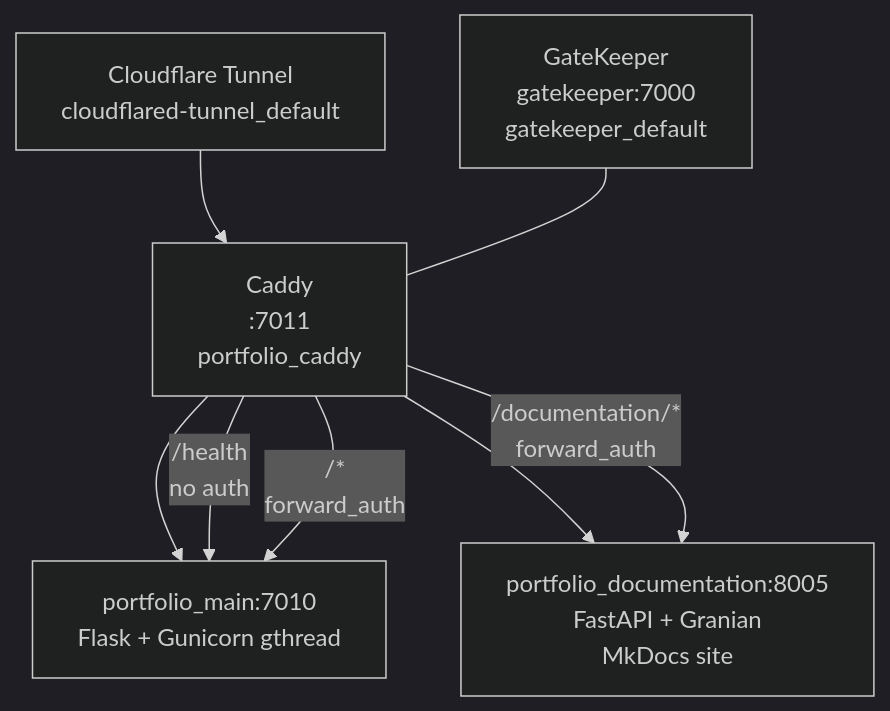
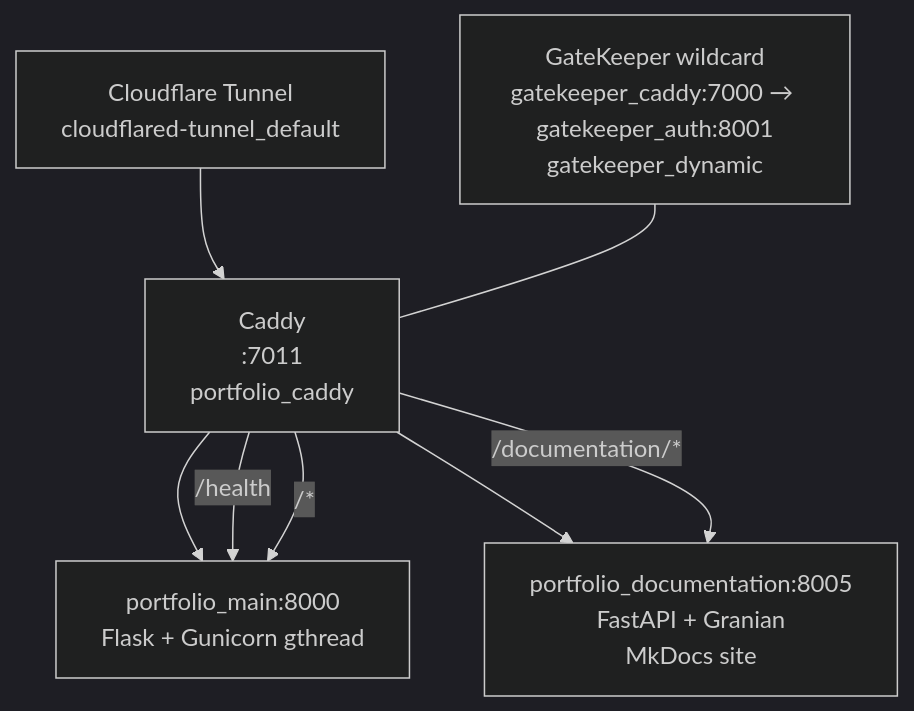
One commit to NovaProtocol/Portfolio changed the diagram in documentation/docs/index.md. Above: the diagram before and after it, drawn with Mermaid (dark theme). The commit also changed other lines of this file and 7 other files, not shown here.

Commit message:
docs(portfolio): sync ports and wildcard gate to live compose

````diff
--- a/documentation/docs/index.md
+++ b/documentation/docs/index.md
@@ -23,10 +22,10 @@
 ```mermaid
 graph TB
     TUN["Cloudflare Tunnel<br/>cloudflared-tunnel_default"] --> CADDY
-    GK["GateKeeper<br/>gatekeeper:7000<br/>gatekeeper_default"] --- CADDY
-    CADDY["Caddy<br/>:7011<br/>portfolio_caddy"] --> APP["portfolio_main:7010<br/>Flask + Gunicorn gthread"]
+    GK["GateKeeper wildcard<br/>gatekeeper_caddy:7000 → gatekeeper_auth:8001<br/>gatekeeper_dynamic"] --- CADDY
+    CADDY["Caddy<br/>:7011<br/>portfolio_caddy"] --> APP["portfolio_main:8000<br/>Flask + Gunicorn gthread"]
     CADDY --> DOCS["portfolio_documentation:8005<br/>FastAPI + Granian<br/>MkDocs site"]
-    CADDY -->|"/health<br/>no auth"| APP
-    CADDY -->|"/documentation/*<br/>forward_auth"| DOCS
-    CADDY -->|"/*<br/>forward_auth"| APP
+    CADDY -->|"/health"| APP
+    CADDY -->|"/documentation/*"| DOCS
+    CADDY -->|"/*"| APP
 ```
````
